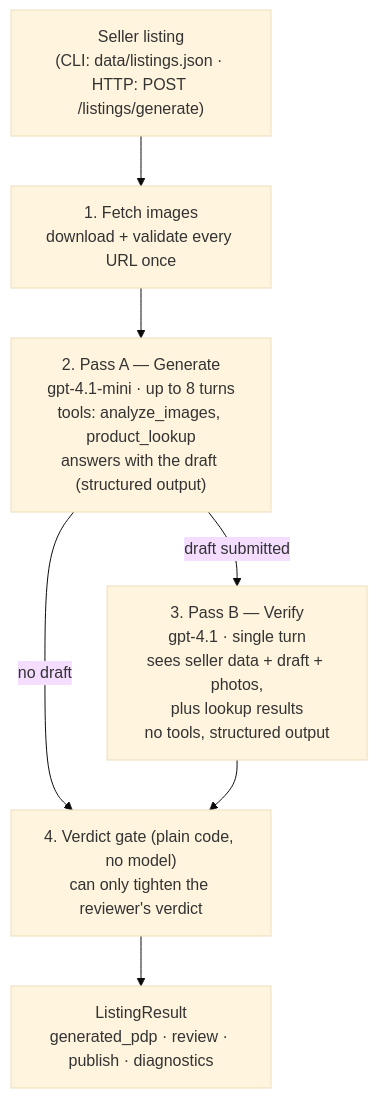
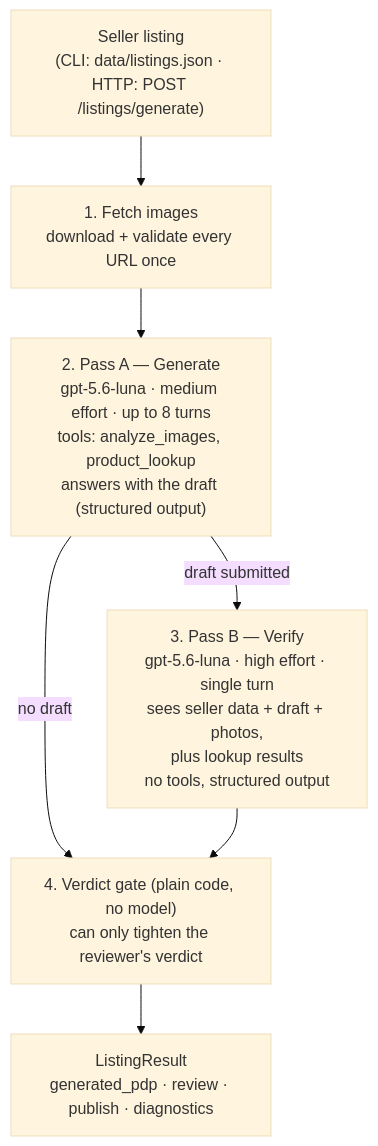
One commit to Alexoswin/ListingAgent changed the diagram in README.md. Above: the diagram before and after it, drawn with Mermaid (base theme). The commit also changed other lines of this file and 9 other files, not shown here.

````diff
--- a/README.md
+++ b/README.md
@@ -160,12 +160,12 @@
 ```mermaid
 flowchart TD
     IN["Seller listing<br/>(CLI: data/listings.json · HTTP: POST /listings/generate)"] --> FETCH
     FETCH["1. Fetch images<br/>download + validate every URL once"] --> A
-    A["2. Pass A — Generate<br/>gpt-4.1-mini · up to 8 turns<br/>tools: analyze_images, product_lookup<br/>answers with the draft (structured output)"]
+    A["2. Pass A — Generate<br/>gpt-5.6-luna · medium effort · up to 8 turns<br/>tools: analyze_images, product_lookup<br/>answers with the draft (structured output)"]
     A -->|draft submitted| B
     A -->|no draft| GATE
-    B["3. Pass B — Verify<br/>gpt-4.1 · single turn<br/>sees seller data + draft + photos,<br/>plus lookup results<br/>no tools, structured output"]
+    B["3. Pass B — Verify<br/>gpt-5.6-luna · high effort · single turn<br/>sees seller data + draft + photos,<br/>plus lookup results<br/>no tools, structured output"]
     B --> GATE
     GATE["4. Verdict gate (plain code, no model)<br/>can only tighten the reviewer's verdict"]
     GATE --> OUT["ListingResult<br/>generated_pdp · review · publish · diagnostics"]
 ```
````
